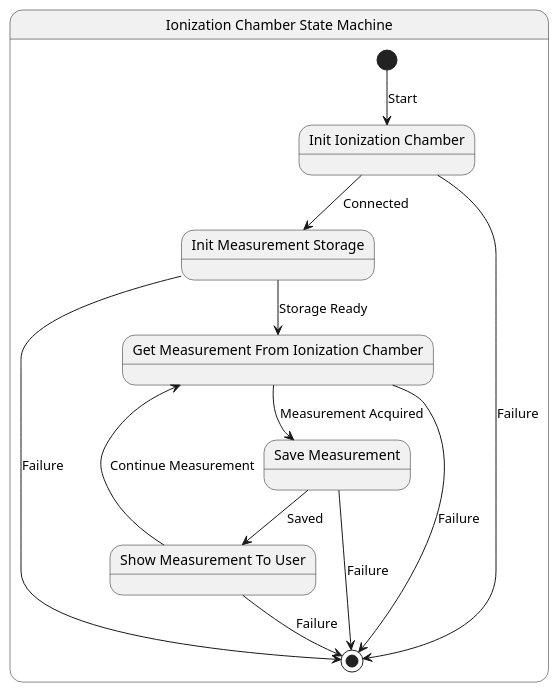
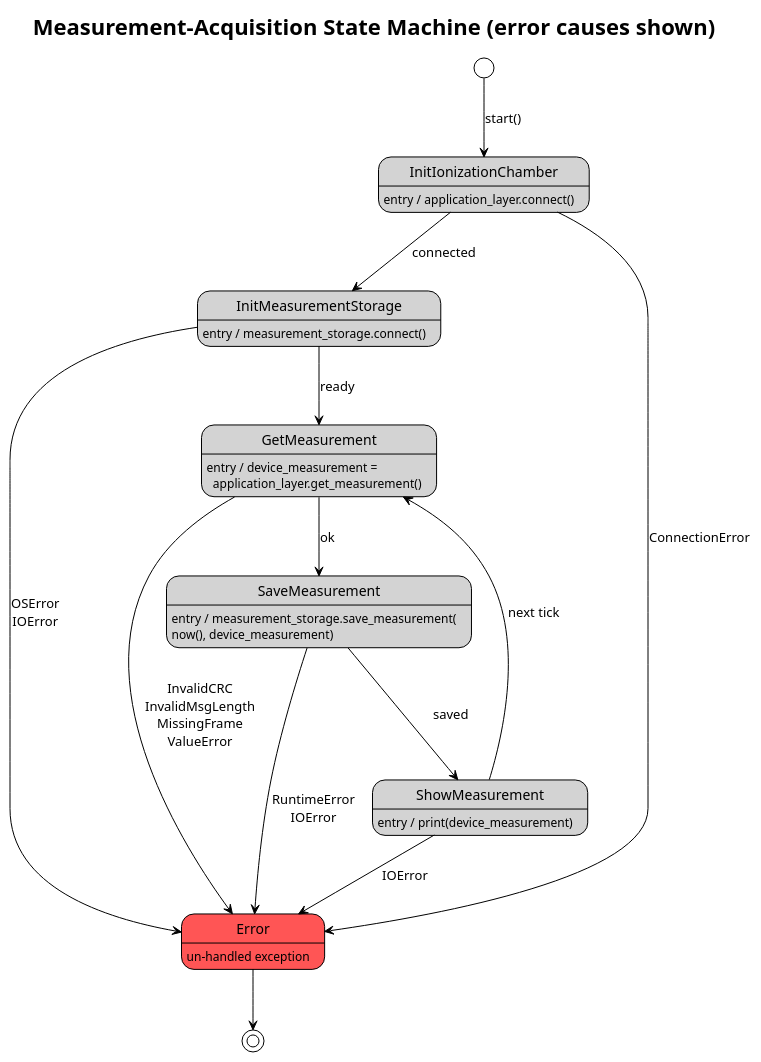
The diagram in Documentation/Diagrams/MeasurementStateMachine.plantuml (RobertGawron/IonizationChamber), drawn with PlantUML before and after one commit. The commit also changed 230 other files, not shown here.

```diff
--- a/Documentation/Diagrams/MeasurementStateMachine.plantuml
+++ b/Documentation/Diagrams/MeasurementStateMachine.plantuml
@@ -1,31 +1,42 @@
 @startuml
-state "Ionization Chamber State Machine" as SM {
-    [*] --> InitIonizationChamber : Start
+!theme plain
+skinparam state {
+    BackgroundColor LightGray
+}
+title Measurement-Acquisition State Machine (error causes shown)
 
-    state "Init Ionization Chamber" as InitIonizationChamber {
-    }
-    InitIonizationChamber --> InitMeasurementStorage : Connected
+' ──────────────── start-up phase ─────────────────
+[*] --> InitIonizationChamber : start()
 
-    state "Init Measurement Storage" as InitMeasurementStorage {
-    }
-    InitMeasurementStorage --> GetMeasurementFromIonizationChamber : Storage Ready
+state InitIonizationChamber
+InitIonizationChamber : entry / application_layer.connect()
+InitIonizationChamber --> InitMeasurementStorage : connected
+InitIonizationChamber --> Error : ConnectionError
 
-    state "Get Measurement From Ionization Chamber" as GetMeasurementFromIonizationChamber {
-    }
-    GetMeasurementFromIonizationChamber --> SaveMeasurement : Measurement Acquired
+state InitMeasurementStorage
+InitMeasurementStorage : entry / measurement_storage.connect()
+InitMeasurementStorage --> GetMeasurement : ready
+InitMeasurementStorage --> Error : OSError\nIOError
 
-    state "Save Measurement" as SaveMeasurement {
-    }
-    SaveMeasurement --> ShowMeasurementToUser : Saved
+' ──────────────── operational loop ───────────────
+state GetMeasurement
+GetMeasurement : entry / device_measurement =\n  application_layer.get_measurement()
+GetMeasurement --> SaveMeasurement : ok
+GetMeasurement --> Error : InvalidCRC\nInvalidMsgLength\nMissingFrame\nValueError
 
-    state "Show Measurement To User" as ShowMeasurementToUser {
-    }
-    ShowMeasurementToUser --> GetMeasurementFromIonizationChamber : Continue Measurement
+state SaveMeasurement
+SaveMeasurement : entry / measurement_storage.save_measurement(\nnow(), device_measurement)
+SaveMeasurement --> ShowMeasurement : saved
+SaveMeasurement --> Error : RuntimeError\nIOError
 
-    InitIonizationChamber --> [*] : Failure
-    InitMeasurementStorage --> [*] : Failure
-    GetMeasurementFromIonizationChamber --> [*] : Failure
-    SaveMeasurement --> [*] : Failure
-    ShowMeasurementToUser --> [*] : Failure
-}
+state ShowMeasurement
+ShowMeasurement : entry / print(device_measurement)
+ShowMeasurement --> GetMeasurement : next tick
+ShowMeasurement --> Error : IOError
+
+' ──────────────── error sink ─────────────────────
+state Error #F55
+Error : un-handled exception
+Error --> [*]
+
 @enduml
```
